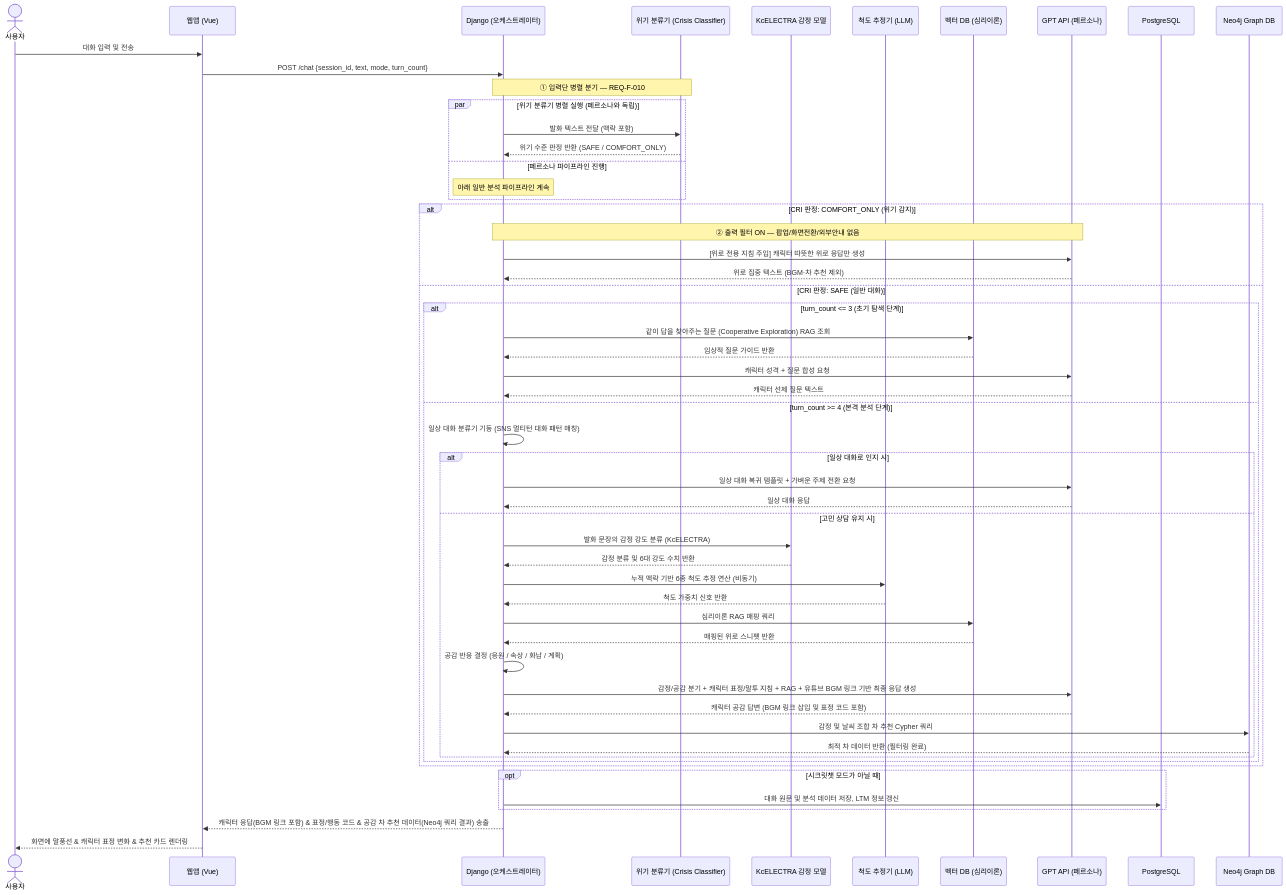
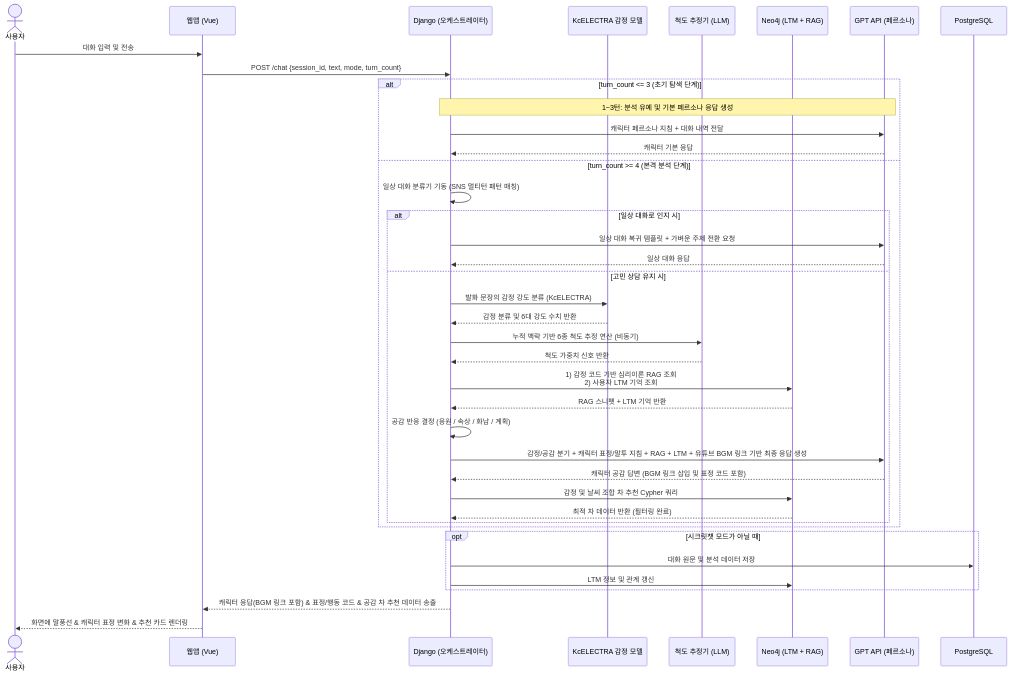
Before and after one commit to SKNETWORKS-FAMILY-AICAMP/SKN27-FINAL-4Team: the fifth of 10 diagrams in docs/[통합] 시스템 설계서.md, drawn with Mermaid. The commit also changed other lines of this file and 6 other files, not shown here.

````diff
--- a/docs/[통합] 시스템 설계서.md
+++ b/docs/[통합] 시스템 설계서.md
@@ -564,62 +1115,97 @@
 ```mermaid
+
 sequenceDiagram
+
     actor U as 사용자
+
     participant FE as 웹앱 (Vue)
+
     participant API as Django (오케스트레이터)
-    participant CRI as 위기 분류기 (Crisis Classifier)
+
     participant EMO as KcELECTRA 감정 모델
+
     participant SCL as 척도 추정기 (LLM)
-    participant RAG as 벡터 DB (심리이론)
+
+    participant Neo4j as Neo4j (LTM + RAG)
+
     participant GPT as GPT API (페르소나)
+
     participant DB as PostgreSQL
-    participant Neo4j as Neo4j Graph DB
+
+
 
     U->>FE: 대화 입력 및 전송
+
     FE->>API: POST /chat {session_id, text, mode, turn_count}
 
-    Note over API,CRI: ① 입력단 병렬 분기 — REQ-F-010
-    par 위기 분류기 병렬 실행 (페르소나와 독립)
-        API->>CRI: 발화 텍스트 전달 (맥락 포함)
-        CRI-->>API: 위기 수준 판정 반환 (SAFE / COMFORT_ONLY)
-    and 페르소나 파이프라인 진행
-        Note over API: 아래 일반 분석 파이프라인 계속
+
+
+    alt turn_count <= 3 (초기 탐색 단계)
+
+        Note over API,GPT: 1~3턴: 분석 유예 및 기본 페르소나 응답 생성
+
+        API->>GPT: 캐릭터 페르소나 지침 + 대화 내역 전달
+
+        GPT-->>API: 캐릭터 기본 응답
+
+    else turn_count >= 4 (본격 분석 단계)
+
+        API->>API: 일상 대화 분류기 기동 (SNS 멀티턴 패턴 매칭)
+
+        alt 일상 대화로 인지 시
+
+            API->>GPT: 일상 대화 복귀 템플릿 + 가벼운 주제 전환 요청
+
+            GPT-->>API: 일상 대화 응답
+
+        else 고민 상담 유지 시
+
+            API->>EMO: 발화 문장의 감정 강도 분류 (KcELECTRA)
+
+            EMO-->>API: 감정 분류 및 6대 강도 수치 반환
+
+            API->>SCL: 누적 맥락 기반 6종 척도 추정 연산 (비동기)
+
+            SCL-->>API: 척도 가중치 신호 반환
+
+            
+
+            API->>Neo4j: 1) 감정 코드 기반 심리이론 RAG 조회<br/>2) 사용자 LTM 기억 조회
+
+            Neo4j-->>API: RAG 스니펫 + LTM 기억 반환
+
+            
+
+            API->>API: 공감 반응 결정 (응원 / 속상 / 화남 / 계획)
+
+            API->>GPT: 감정/공감 분기 + 캐릭터 표정/말투 지침 + RAG + LTM + 유튜브 BGM 링크 기반 최종 응답 생성
+
+            GPT-->>API: 캐릭터 공감 답변 (BGM 링크 삽입 및 표정 코드 포함)
+
+            
+
+            API->>Neo4j: 감정 및 날씨 조합 차 추천 Cypher 쿼리
+
+            Neo4j-->>API: 최적 차 데이터 반환 (필터링 완료)
+
+        end
+
     end
 
-    alt CRI 판정: COMFORT_ONLY (위기 감지)
-        Note over API,GPT: ② 출력 필터 ON — 팝업/화면전환/외부안내 없음
-        API->>GPT: [위로 전용 지침 주입] 캐릭터 따뜻한 위로 응답만 생성
-        GPT-->>API: 위로 집중 텍스트 (BGM·차 추천 제외)
-    else CRI 판정: SAFE (일반 대화)
-        alt turn_count <= 3 (초기 탐색 단계)
-            API->>RAG: 같이 답을 찾아주는 질문 (Cooperative Exploration) RAG 조회
-            RAG-->>API: 임상적 질문 가이드 반환
-            API->>GPT: 캐릭터 성격 + 질문 합성 요청
-            GPT-->>API: 캐릭터 선제 질문 텍스트
-        else turn_count >= 4 (본격 분석 단계)
-            API->>API: 일상 대화 분류기 기동 (SNS 멀티턴 대화 패턴 매칭)
-            alt 일상 대화로 인지 시
-                API->>GPT: 일상 대화 복귀 템플릿 + 가벼운 주제 전환 요청
-                GPT-->>API: 일상 대화 응답
-            else 고민 상담 유지 시
-                API->>EMO: 발화 문장의 감정 강도 분류 (KcELECTRA)
-                EMO-->>API: 감정 분류 및 6대 강도 수치 반환
-                API->>SCL: 누적 맥락 기반 6종 척도 추정 연산 (비동기)
-                SCL-->>API: 척도 가중치 신호 반환
-                API->>RAG: 심리이론 RAG 매핑 쿼리
-                RAG-->>API: 매핑된 위로 스니펫 반환
-                API->>API: 공감 반응 결정 (응원 / 속상 / 화남 / 계획)
-                API->>GPT: 감정/공감 분기 + 캐릭터 표정/말투 지침 + RAG + 유튜브 BGM 링크 기반 최종 응답 생성
-                GPT-->>API: 캐릭터 공감 답변 (BGM 링크 삽입 및 표정 코드 포함)
-                API->>Neo4j: 감정 및 날씨 조합 차 추천 Cypher 쿼리
-                Neo4j-->>API: 최적 차 데이터 반환 (필터링 완료)
-            end
-        end
+
+
+    opt 시크릿챗 모드가 아닐 때
+
+        API->>DB: 대화 원문 및 분석 데이터 저장
+
+        API->>Neo4j: LTM 정보 및 관계 갱신
+
     end
 
-    opt 시크릿챗 모드가 아닐 때
-        API->>DB: 대화 원문 및 분석 데이터 저장, LTM 정보 갱신
-    end
 
-    API-->>FE: 캐릭터 응답(BGM 링크 포함) & 표정/행동 코드 & 공감 차 추천 데이터(Neo4j 쿼리 결과) 송출
+
+    API-->>FE: 캐릭터 응답(BGM 링크 포함) & 표정/행동 코드 & 공감 차 추천 데이터 송출
+
     FE-->>U: 화면에 말풍선 & 캐릭터 표정 변화 & 추천 카드 렌더링
+
 ```
````
